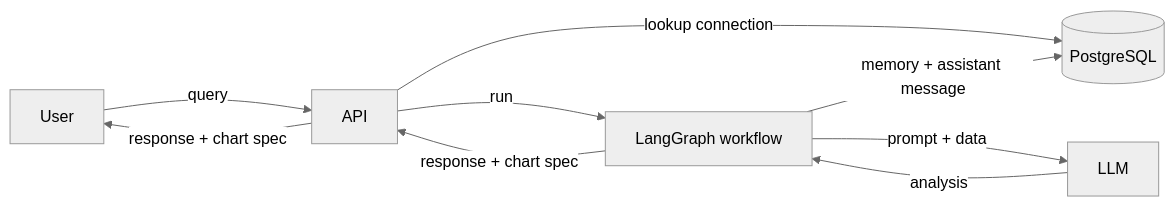
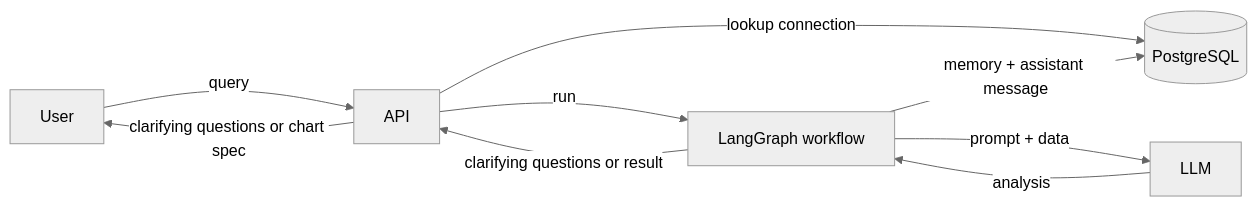
The first of 4 diagrams in README.md (benjyongzh/llm-data-analyst), drawn with Mermaid (neutral theme) before and after one commit. The commit also changed other lines of this file and 2 other files, not shown here.

````diff
--- a/README.md
+++ b/README.md
@@ -155,11 +155,11 @@
 ```mermaid
 flowchart LR
     U[User] -->|query| API
     API -->|lookup connection| DB[(PostgreSQL)]
     API -->|run| WF[LangGraph workflow]
     WF -->|prompt + data| LLM
     LLM -->|analysis| WF
     WF -->|memory + assistant message| DB
-    WF -->|response + chart spec| API
-    API -->|response + chart spec| U
+    WF -->|clarifying questions or result| API
+    API -->|clarifying questions or chart spec| U
 ```
````
